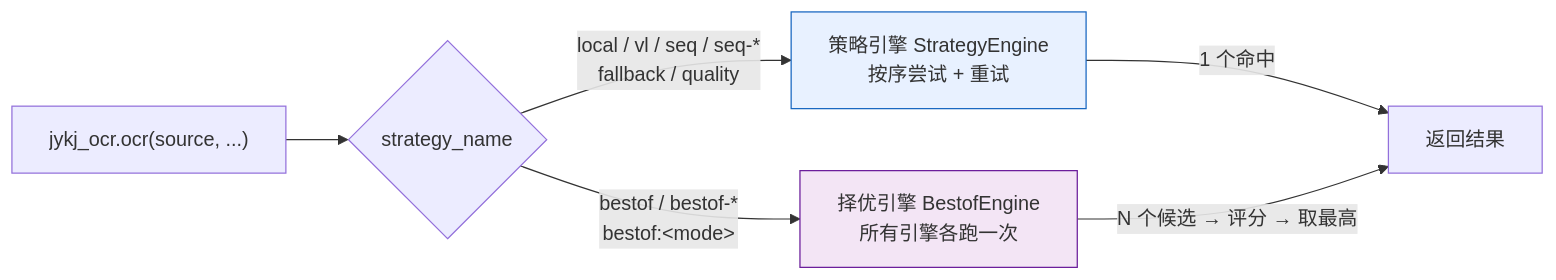
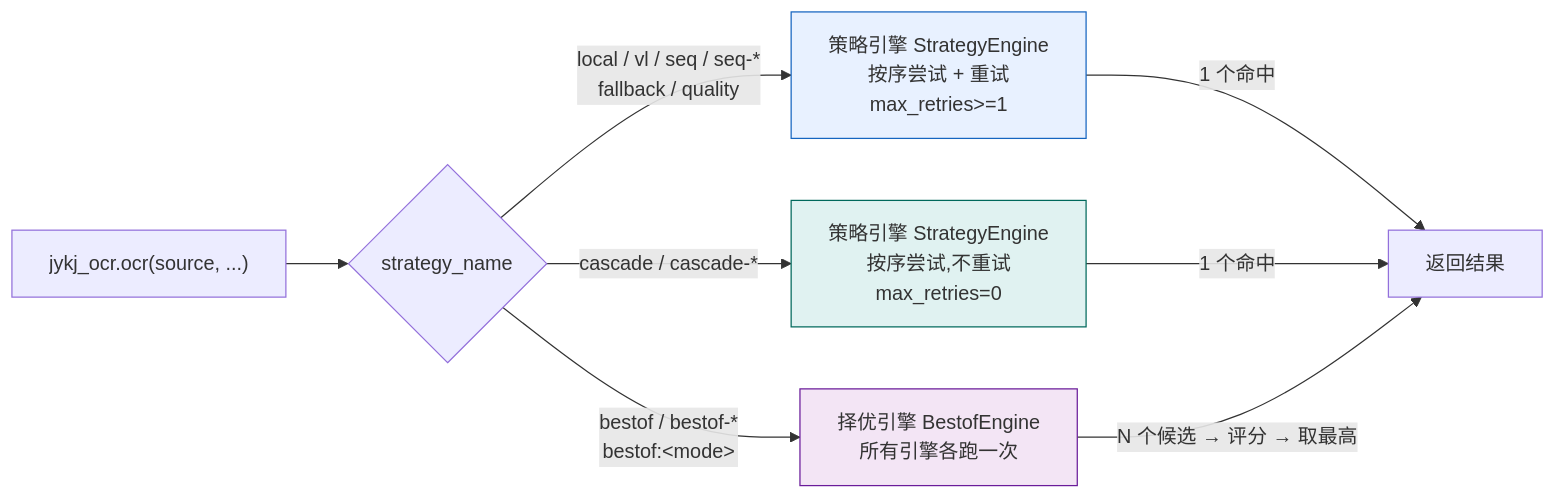
Before and after one commit to yejinlei/jykj-ocr: diagram 11 of 16 in docs/manual.md, drawn with Mermaid. The commit also changed other lines of this file and 3 other files, not shown here.

````diff
--- a/docs/manual.md
+++ b/docs/manual.md
@@ -1256,15 +1258,19 @@
 ```mermaid
 flowchart LR
     A["jykj_ocr.ocr(source, ...)"] --> S{"strategy_name"}
 
-    S -->|local / vl / seq / seq-*<br/>fallback / quality| SEQ["策略引擎 StrategyEngine<br/>按序尝试 + 重试"]
+    S -->|local / vl / seq / seq-*<br/>fallback / quality| SEQ["策略引擎 StrategyEngine<br/>按序尝试 + 重试<br/>max_retries&gt;=1"]
+    S -->|cascade / cascade-*| CAS["策略引擎 StrategyEngine<br/>按序尝试,不重试<br/>max_retries=0"]
     S -->|bestof / bestof-*<br/>bestof:&lt;mode&gt;| BEST["择优引擎 BestofEngine<br/>所有引擎各跑一次"]
 
     SEQ -->|1 个命中| RESULT["返回结果"]
+    CAS -->|1 个命中| RESULT
     BEST -->|N 个候选 → 评分 → 取最高| RESULT
 
     classDef seq fill:#e8f1ff,stroke:#1565c0
+    classDef cas fill:#e0f2f1,stroke:#00695c
     classDef best fill:#f3e5f5,stroke:#6a1b9a
     class SEQ seq
+    class CAS cas
     class BEST best
 ```
````
